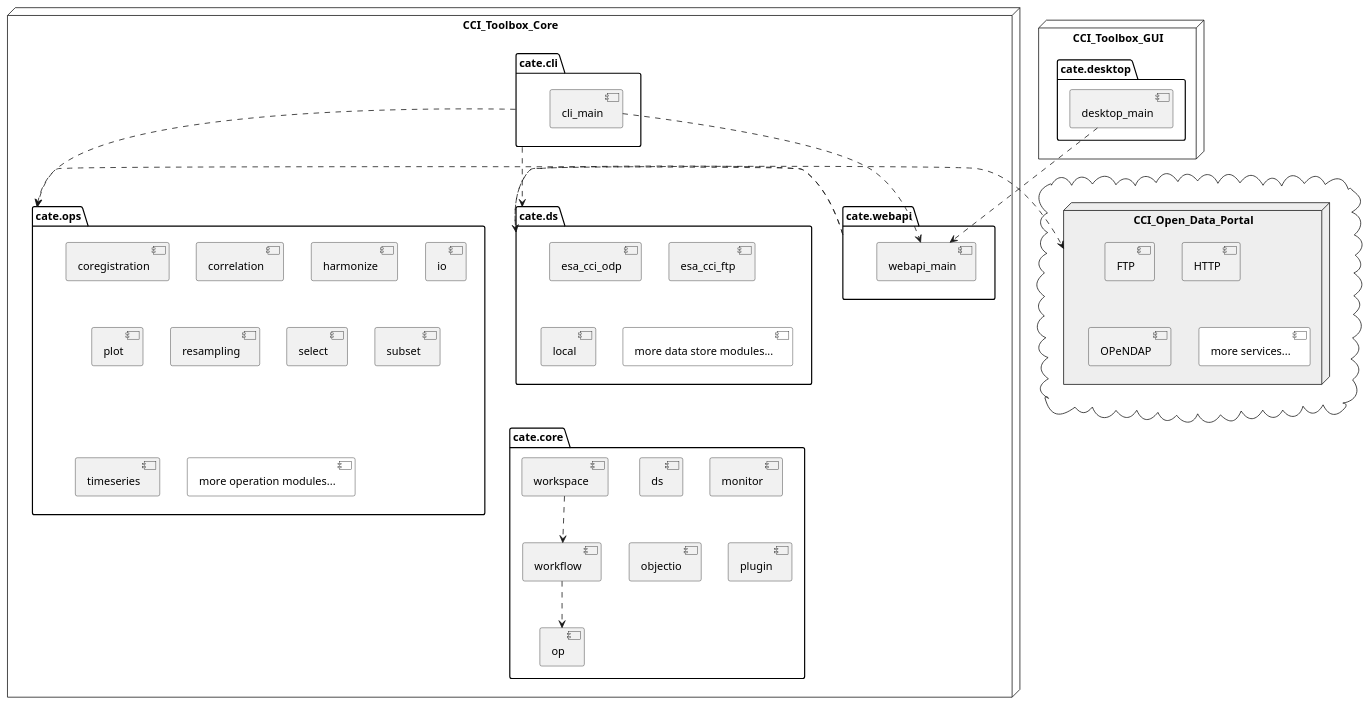
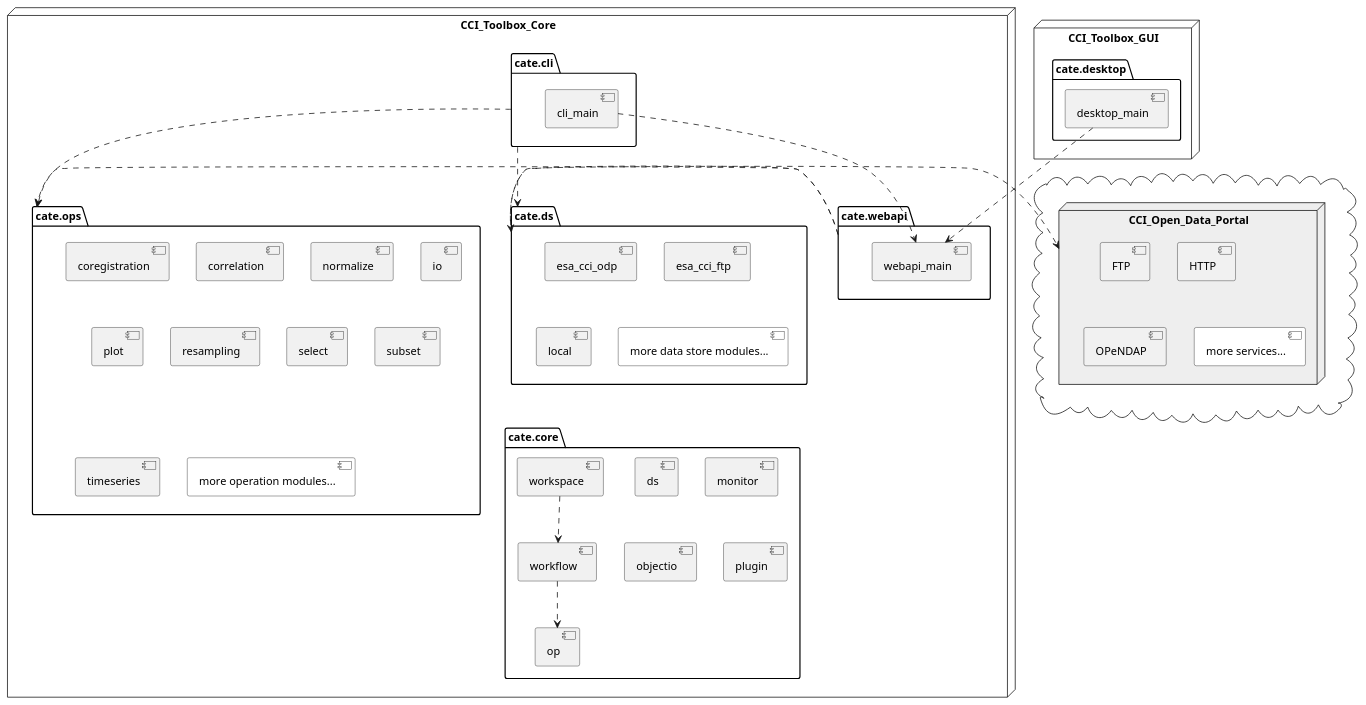
Before and after one commit to CCI-Tools/cate: the diagram in doc/source/uml/modules.puml, drawn with PlantUML. The commit also changed 8 other files, not shown here.

Commit message:
renamed "harmonize" op to "normalize" (see #281)

```diff
--- a/doc/source/uml/modules.puml
+++ b/doc/source/uml/modules.puml
@@ -1,72 +1,72 @@
 @startuml
 
 
 node "CCI_Toolbox_Core" {
     package "cate.ds" {
         [esa_cci_odp]
         [esa_cci_ftp]
         [local]
         [more data store modules...] #white
     }
 
     package cate.ops {
         [coregistration]
         [correlation]
-        [harmonize]
+        [normalize]
         [io]
         [plot]
         [resampling]
         [select]
         [subset]
         [timeseries]
         [more operation modules...] #white
     }
 
     package "cate.core" {
         [ds]
         [monitor]
         [objectio]
         [op]
         [plugin]
         [workflow]
         [workspace]
     }
 
     package "cate.cli" {
         [cli_main]
     }
 
     package "cate.webapi" {
         [webapi_main]
     }
 }
 
 node "CCI_Toolbox_GUI" {
     package "cate.desktop" {
         [desktop_main]
     }
 }
 
 cloud {
 node "CCI_Open_Data_Portal" #eeeeee {
     [FTP]
     [HTTP]
     [OPeNDAP]
     [more services...] #white
 }
 }
 
 [cli_main] ..> [webapi_main]
 [desktop_main] ..> [webapi_main]
 
 [workspace] ..> [workflow]
 [workflow] ..> [op]
 
 cate.cli .r.> cate.ops
 cate.cli .r.> cate.ds
 cate.webapi .r.> cate.ops
 cate.webapi .r.> cate.ds
 cate.ds .r.> CCI_Open_Data_Portal
 
 
 @enduml
```
